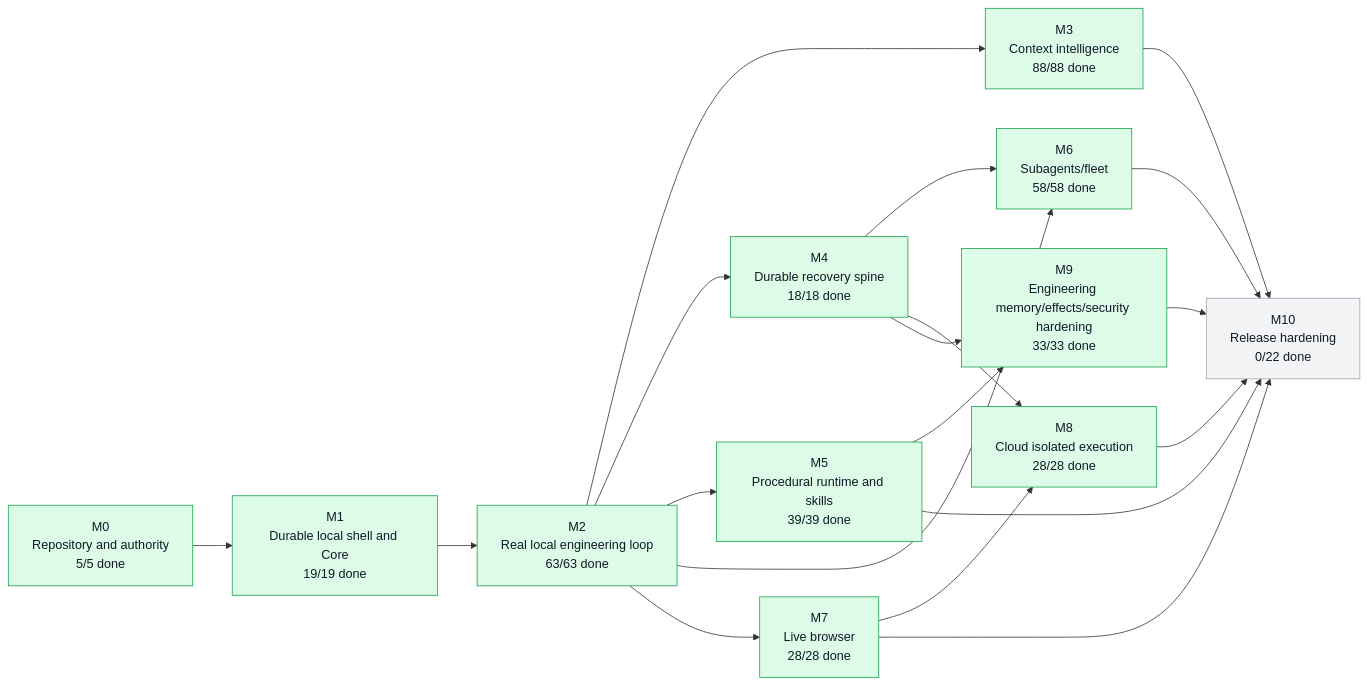
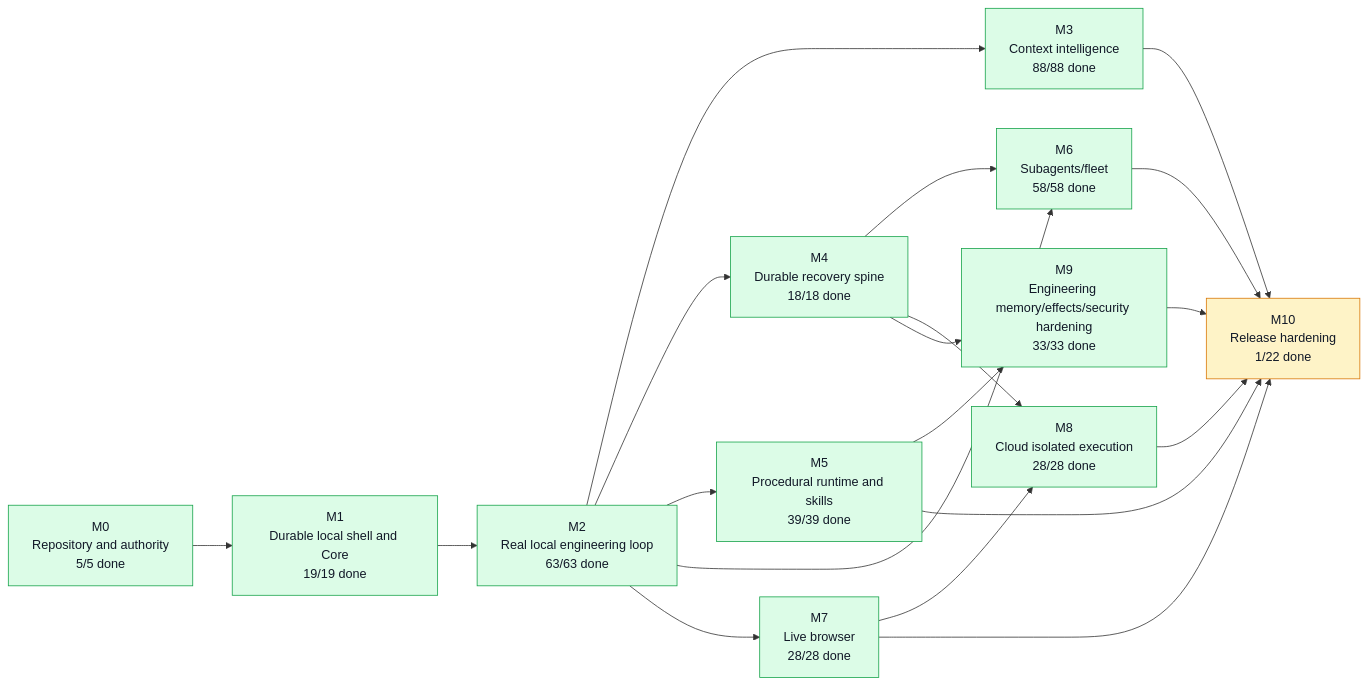
The first of 5 diagrams in graph/PROJECT_GRAPH.md (moss101/modbit), drawn with Mermaid before and after one commit. The commit also changed other lines of this file and 6 other files, not shown here.

````diff
--- a/graph/PROJECT_GRAPH.md
+++ b/graph/PROJECT_GRAPH.md
@@ -57,43 +57,43 @@
 ```mermaid
 flowchart LR
   M0["M0<br/>Repository and authority<br/>5/5 done"]
   M1["M1<br/>Durable local shell and Core<br/>19/19 done"]
   M2["M2<br/>Real local engineering loop<br/>63/63 done"]
   M3["M3<br/>Context intelligence<br/>88/88 done"]
   M4["M4<br/>Durable recovery spine<br/>18/18 done"]
   M5["M5<br/>Procedural runtime and skills<br/>39/39 done"]
   M6["M6<br/>Subagents/fleet<br/>58/58 done"]
   M7["M7<br/>Live browser<br/>28/28 done"]
   M8["M8<br/>Cloud isolated execution<br/>28/28 done"]
   M9["M9<br/>Engineering memory/effects/security hardening<br/>33/33 done"]
-  M10["M10<br/>Release hardening<br/>0/22 done"]
+  M10["M10<br/>Release hardening<br/>1/22 done"]
   M0 --> M1
   M1 --> M2
   M2 --> M3
   M2 --> M4
   M2 --> M5
   M2 --> M6
   M4 --> M6
   M2 --> M7
   M4 --> M8
   M7 --> M8
   M4 --> M9
   M5 --> M9
   M3 --> M10
   M5 --> M10
   M6 --> M10
   M7 --> M10
   M8 --> M10
   M9 --> M10
   style M0 fill:#dcfce7,stroke:#16a34a,color:#111827
   style M1 fill:#dcfce7,stroke:#16a34a,color:#111827
   style M2 fill:#dcfce7,stroke:#16a34a,color:#111827
   style M3 fill:#dcfce7,stroke:#16a34a,color:#111827
   style M4 fill:#dcfce7,stroke:#16a34a,color:#111827
   style M5 fill:#dcfce7,stroke:#16a34a,color:#111827
   style M6 fill:#dcfce7,stroke:#16a34a,color:#111827
   style M7 fill:#dcfce7,stroke:#16a34a,color:#111827
   style M8 fill:#dcfce7,stroke:#16a34a,color:#111827
   style M9 fill:#dcfce7,stroke:#16a34a,color:#111827
-  style M10 fill:#f3f4f6,stroke:#9ca3af,color:#111827
+  style M10 fill:#fef3c7,stroke:#d97706,color:#111827
 ```
````
